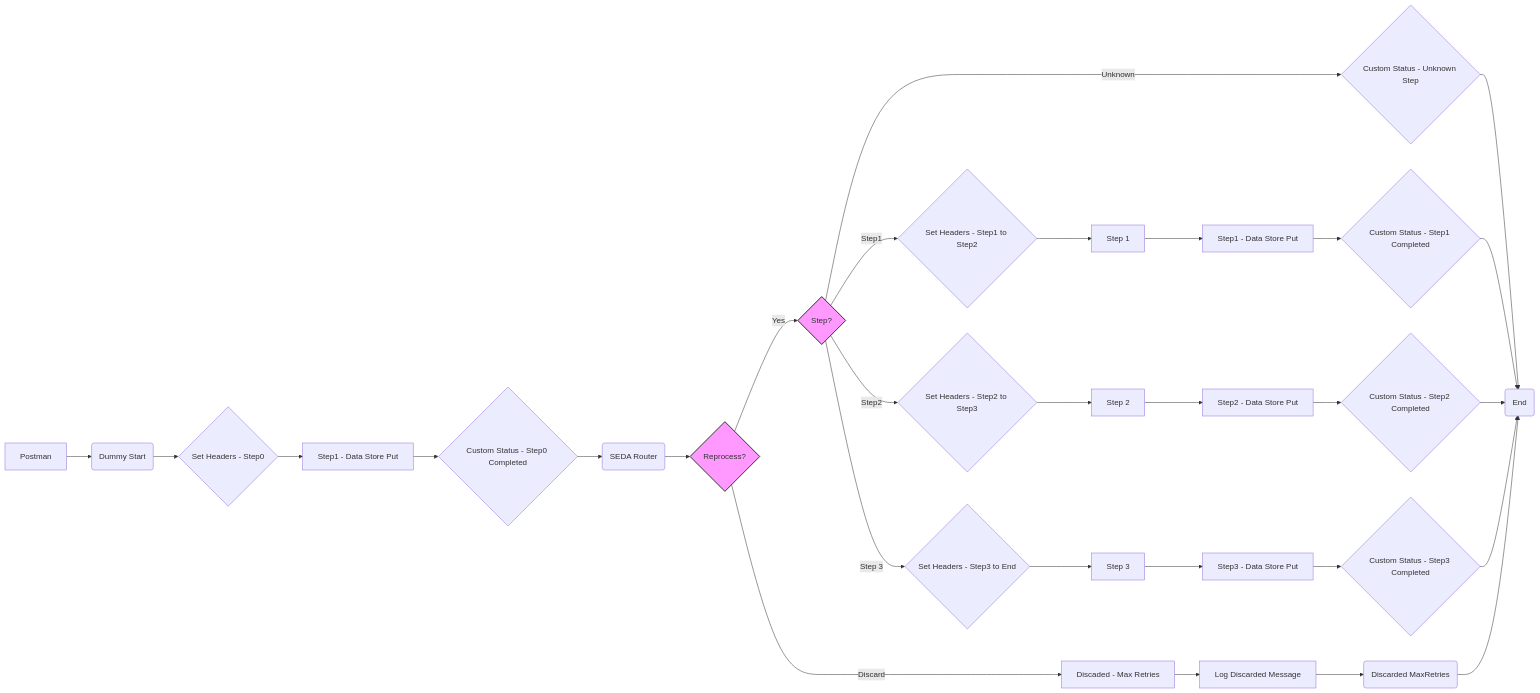
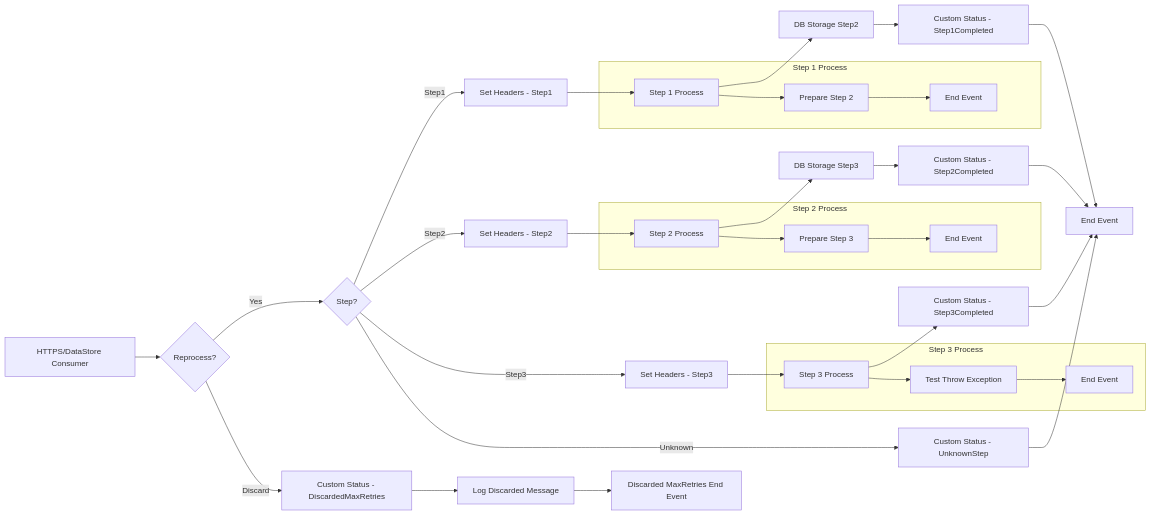
One commit to Avvale-IA-CICD/AvvaleCPI changed the diagram in MMZ - Templates/SEDA_Model_-_Single_DS_-_Restart_and_Discard-1.0.0/readme.md. Above: the diagram before and after it, drawn with Mermaid. The commit also changed other lines of this file, not shown here.

Commit message:
Add/update documentation for SEDA_Model_-_Single_DS_-_Restart_and_Discard v1.0.0

````diff
--- a/MMZ - Templates/SEDA_Model_-_Single_DS_-_Restart_and_Discard-1.0.0/readme.md
+++ b/MMZ - Templates/SEDA_Model_-_Single_DS_-_Restart_and_Discard-1.0.0/readme.md
@@ -4,33 +4,39 @@
 ```mermaid
 graph LR
-    A[Postman] --> B(Dummy Start)
-    B --> C{Set Headers - Step0}
-    C --> D[Step1 - Data Store Put]
-    D --> E{Custom Status - Step0 Completed}
-    E --> F(SEDA Router)
-    F --> G{Reprocess?}
-    G -- Yes --> H{Step?}
-    G -- Discard --> I[Discaded - Max Retries]
-    I --> J[Log Discarded Message]
-    J --> K(Discarded MaxRetries)
-    H -- Step1 --> L{Set Headers - Step1 to Step2}
-    H -- Step2 --> M{Set Headers - Step2 to Step3}
-    H -- Step 3 --> N{Set Headers - Step3 to End}
-    H -- Unknown --> O{Custom Status - Unknown Step}
-    O --> P(End)
-    L --> Q[Step 1]
-    M --> R[Step 2]
-    N --> S[Step 3]
-    Q --> T[Step1 - Data Store Put]
-    R --> U[Step2 - Data Store Put]
-    S --> V[Step3 - Data Store Put]
-    T --> W{Custom Status - Step1 Completed}
-    U --> X{Custom Status - Step2 Completed}
-    V --> Y{Custom Status - Step3 Completed}
-    W --> P
-    X --> P
-    Y --> P
-    K --> P
-    style G fill:#f9f,stroke:#333,stroke-width:2px
-    style H fill:#f9f,stroke:#333,stroke-width:2px
+    A[HTTPS/DataStore Consumer] --> B{Reprocess?}
+    B -- Yes --> C{Step?}
+    B -- Discard --> D[Custom Status - DiscardedMaxRetries]
+    D --> E[Log Discarded Message]
+    E --> F[Discarded MaxRetries End Event]
+    C -- Step1 --> G[Set Headers - Step1]
+    C -- Step2 --> H[Set Headers - Step2]
+    C -- Step3 --> I[Set Headers - Step3]
+    C -- Unknown --> J[Custom Status - UnknownStep]
+    G --> K[Step 1 Process]
+    H --> L[Step 2 Process]
+    I --> M[Step 3 Process]
+    K --> N[DB Storage Step2]
+    L --> O[DB Storage Step3]
+    M --> P[Custom Status - Step3Completed]
+    N --> Q[Custom Status - Step1Completed]
+    O --> R[Custom Status - Step2Completed]
+    J --> S[End Event]
+    Q --> S
+    P --> S
+    R --> S
+    
+    subgraph Step 1 Process
+    	K --> K1[Prepare Step 2]
+    	K1 --> K2[End Event]
+    end
+
+    subgraph Step 2 Process
+    	L --> L1[Prepare Step 3]
+    	L1 --> L2[End Event]
+    end
+
+    subgraph Step 3 Process
+    	M --> M1[Test Throw Exception]
+    	M1 --> M2[End Event]
+    end
 ```
````
